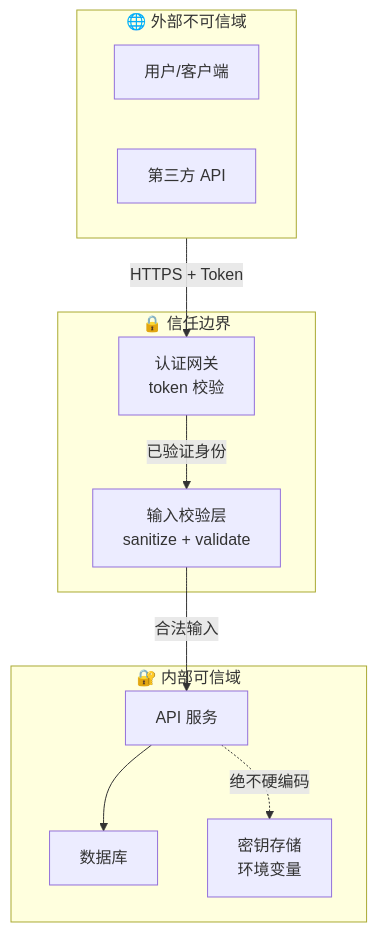
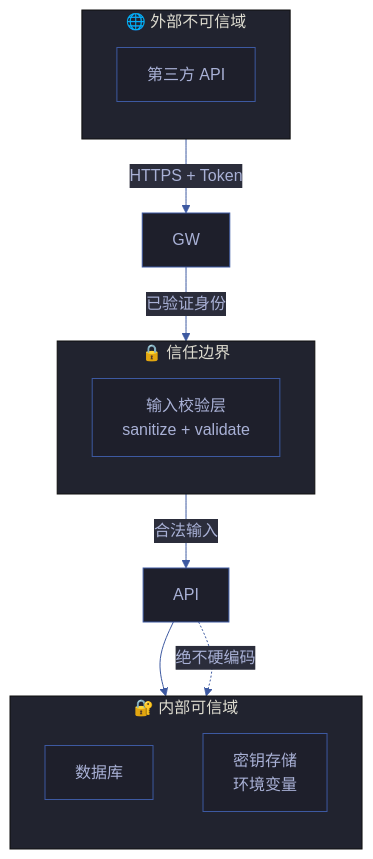
One commit to effiy/YrY changed the first of 3 diagrams in templates/故事任务/场景-3-<slug>.md. Above: the diagram before and after it, drawn with Mermaid. The commit also changed other lines of this file and 42 other files, not shown here.

First line of the commit message:
feat: apply Mermaid authoring rules (M1-M12) across entire codebase

````diff
--- a/templates/故事任务/场景-3-<slug>.md
+++ b/templates/故事任务/场景-3-<slug>.md
@@ -31,21 +31,30 @@
 ```mermaid
+%%{init: {'theme': 'base', 'themeVariables': {
+  'primaryColor': '#1e1f2b',
+  'primaryTextColor': '#a9b1d6',
+  'primaryBorderColor': '#3d59a1',
+  'lineColor': '#3d59a1',
+  'secondaryColor': '#2b2d3b',
+  'tertiaryColor': '#21232f'
+}}}%%
 flowchart TB
     subgraph 外部["🌐 外部不可信域"]
-        U["用户/客户端"]:::untrusted
+        direction TB
         EXT["第三方 API"]:::untrusted
     end
     subgraph 边界["🔒 信任边界"]
-        GW["认证网关<br/>token 校验"]:::boundary
+        direction TB
         VAL["输入校验层<br/>sanitize + validate"]:::boundary
     end
     subgraph 内部["🔐 内部可信域"]
-        API["API 服务"]:::trusted
+        direction TB
         DB["数据库"]:::trusted
         SECRET["密钥存储<br/>环境变量"]:::trusted
     end
     外部 -->|"HTTPS + Token"| GW
     GW -->|"已验证身份"| VAL
     VAL -->|"合法输入"| API
     API --> DB
     API -.->|"绝不硬编码"| SECRET
+
 ```
````
